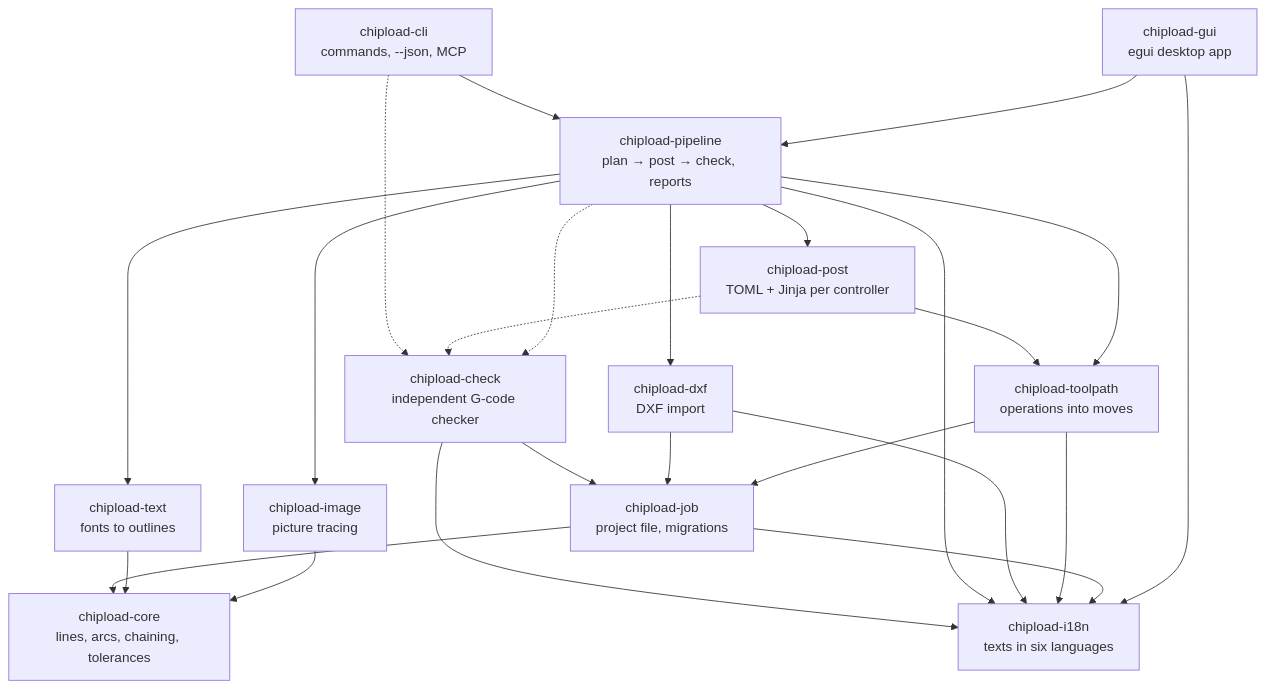
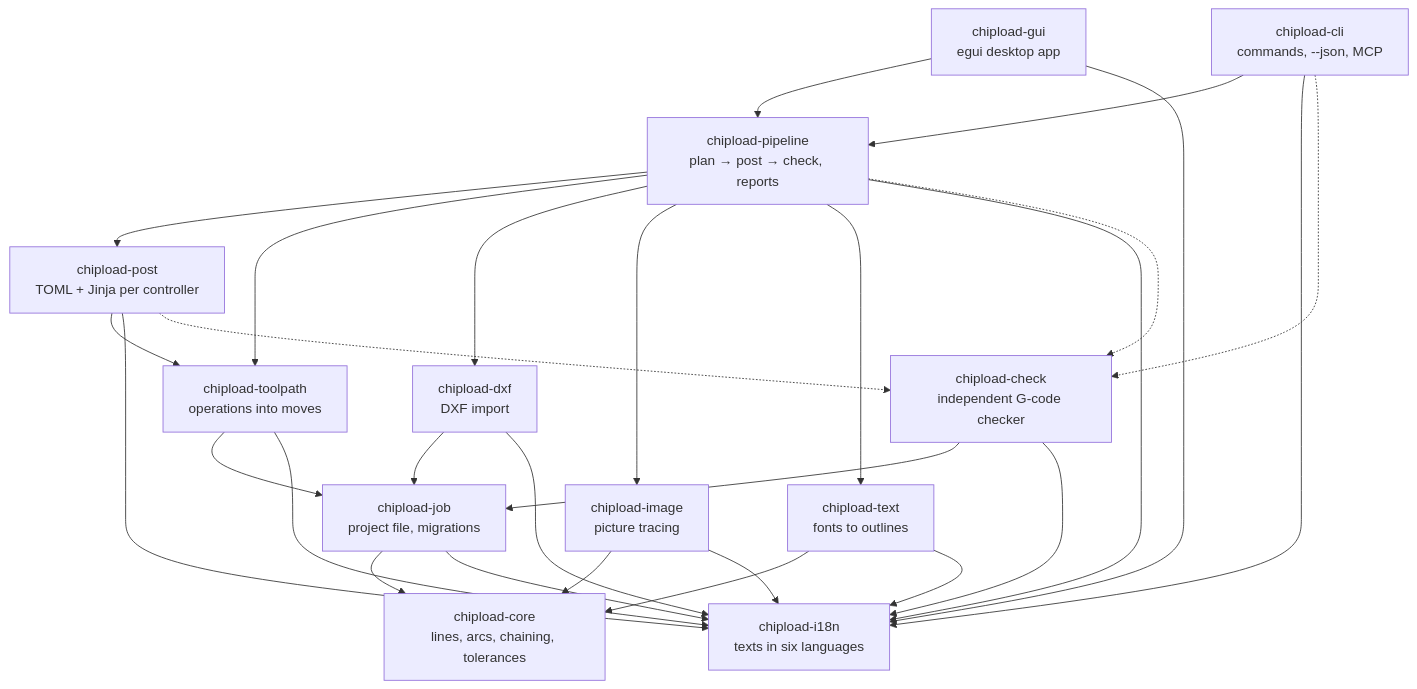
Before and after one commit to chipload/chipload: the diagram in docs/architecture.md, drawn with Mermaid. The commit also changed other lines of this file and 134 other files, not shown here.

````diff
--- a/docs/architecture.md
+++ b/docs/architecture.md
@@ -15,26 +15,30 @@
 ```mermaid
 flowchart TB
     gui["chipload-gui<br/>egui desktop app"] --> pipeline
     cli["chipload-cli<br/>commands, --json, MCP"] --> pipeline
     pipeline["chipload-pipeline<br/>plan → post → check, reports"] --> post
     pipeline --> toolpath & dxf & image & text
     post["chipload-post<br/>TOML + Jinja per controller"] --> toolpath
     toolpath["chipload-toolpath<br/>operations into moves"] --> job
     dxf["chipload-dxf<br/>DXF import"] --> job
     image["chipload-image<br/>picture tracing"] --> core
     text["chipload-text<br/>fonts to outlines"] --> core
     job["chipload-job<br/>project file, migrations"] --> core
     core["chipload-core<br/>lines, arcs, chaining, tolerances"]
     i18n["chipload-i18n<br/>texts in six languages"]
     gui --> i18n
+    cli --> i18n
     job --> i18n
     toolpath --> i18n
     dxf --> i18n
+    image --> i18n
+    text --> i18n
+    post --> i18n
     pipeline --> i18n
 
     check["chipload-check<br/>independent G-code checker"] --> job
     check --> i18n
     pipeline -.-> check
     post -.-> check
     cli -.-> check
 ```
````
